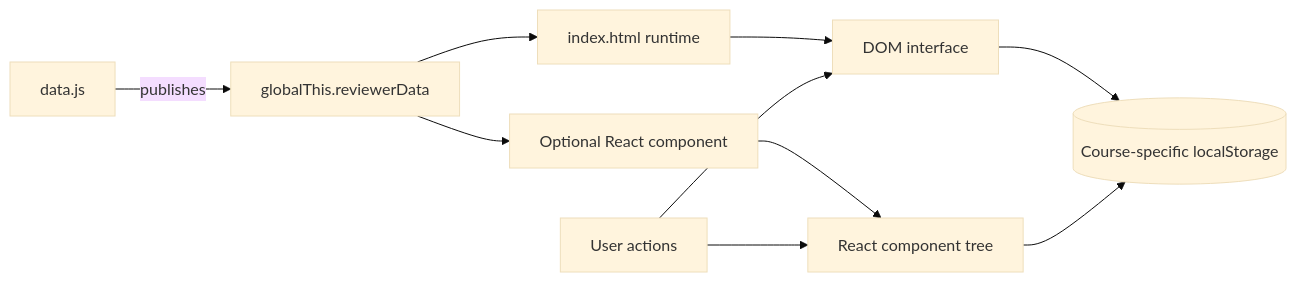
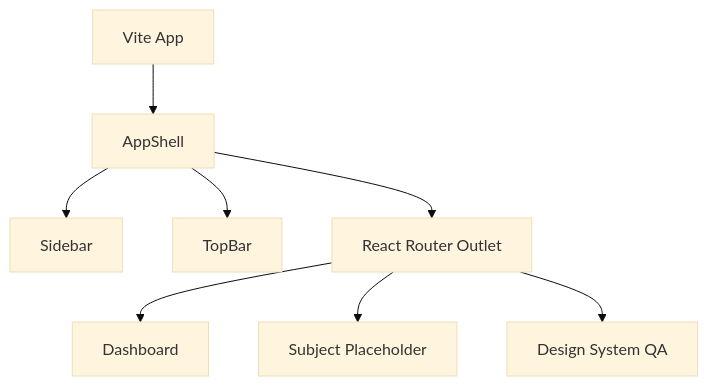
The diagram in Tech Stack Setup Guide.md (SecretlySpy/IT-Subjects-Reviewer), drawn with Mermaid (base theme) before and after one commit. The commit also changed other lines of this file and 15661 other files, not shown here.

````diff
--- a/Tech Stack Setup Guide.md
+++ b/Tech Stack Setup Guide.md
@@ -47,12 +36,10 @@
 ```mermaid
-flowchart LR
-    A[data.js] -->|publishes| B[globalThis.reviewerData]
-    B --> C[index.html runtime]
-    B --> D[Optional React component]
-    C --> E[DOM interface]
-    D --> F[React component tree]
-    E --> G[(Course-specific localStorage)]
-    F --> G
-    H[User actions] --> E
-    H --> F
+graph TD
+    A[Vite App] --> B[AppShell]
+    B --> C[Sidebar]
+    B --> D[TopBar]
+    B --> E[React Router Outlet]
+    E --> F[Dashboard]
+    E --> G[Subject Placeholder]
+    E --> H[Design System QA]
 ```
````
